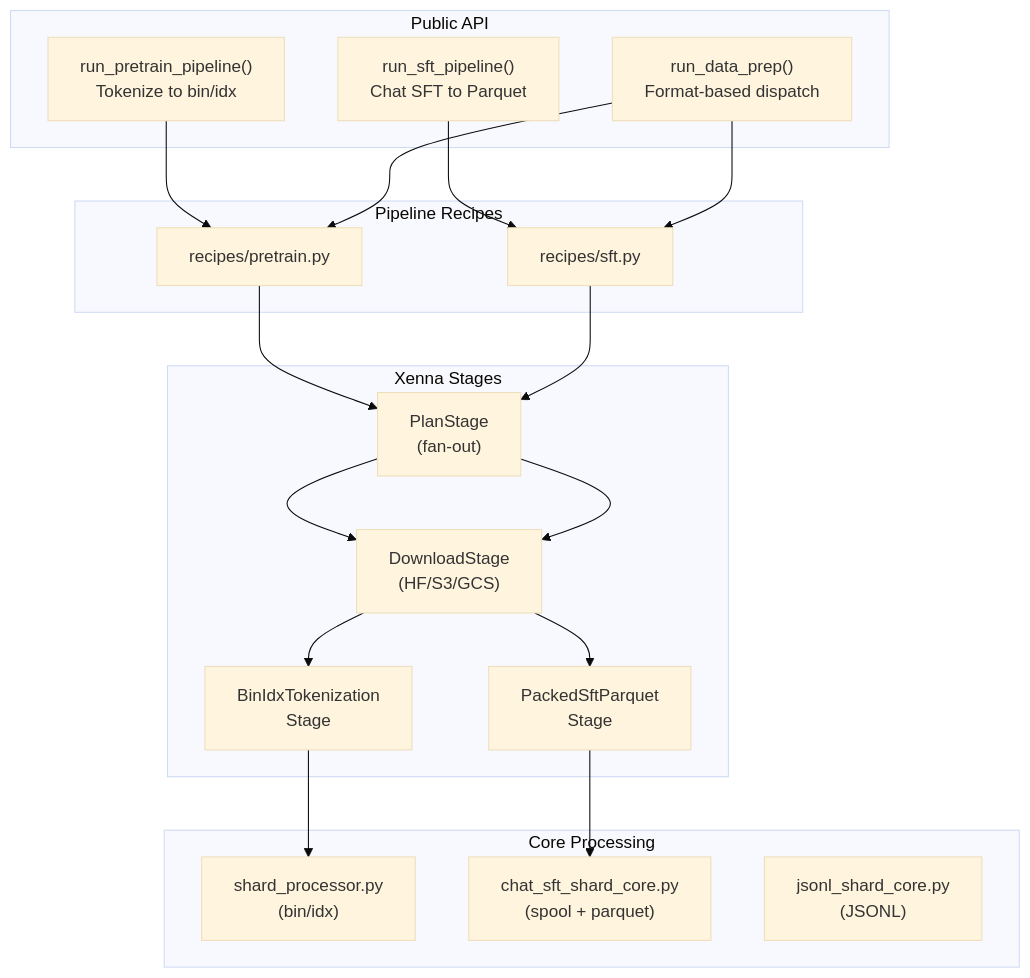
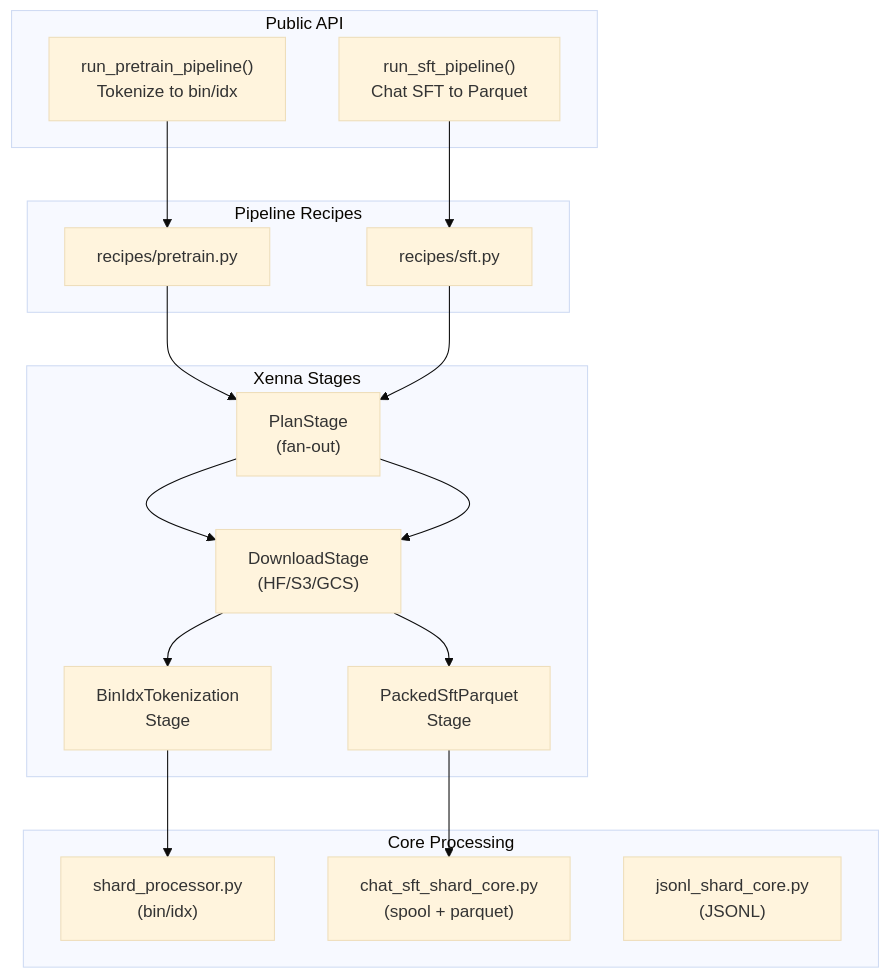
Before and after one commit to NVIDIA-NeMo/Nemotron: the diagram in src/nemotron/data_prep/README.md, drawn with Mermaid (base theme). The commit also changed other lines of this file and 50 other files, not shown here.

````diff
--- a/src/nemotron/data_prep/README.md
+++ b/src/nemotron/data_prep/README.md
@@ -16,37 +16,34 @@
 ```mermaid
 flowchart TB
     subgraph api["Public API"]
         pretrain["run_pretrain_pipeline()<br/>Tokenize to bin/idx"]
         sft["run_sft_pipeline()<br/>Chat SFT to Parquet"]
-        compat["run_data_prep()<br/>Format-based dispatch"]
     end
 
     subgraph recipes["Pipeline Recipes"]
         pretrain_recipe["recipes/pretrain.py"]
         sft_recipe["recipes/sft.py"]
     end
 
     subgraph stages["Xenna Stages"]
         plan["PlanStage<br/>(fan-out)"]
         download["DownloadStage<br/>(HF/S3/GCS)"]
         binidx["BinIdxTokenization<br/>Stage"]
         packed_sft["PackedSftParquet<br/>Stage"]
     end
 
     subgraph core["Core Processing"]
         shard_proc["shard_processor.py<br/>(bin/idx)"]
         chat_core["chat_sft_shard_core.py<br/>(spool + parquet)"]
         jsonl_core["jsonl_shard_core.py<br/>(JSONL)"]
     end
 
     pretrain --> pretrain_recipe
     sft --> sft_recipe
-    compat --> pretrain_recipe
-    compat --> sft_recipe
 
     pretrain_recipe --> plan --> download --> binidx
     sft_recipe --> plan --> download --> packed_sft
 
     binidx --> shard_proc
     packed_sft --> chat_core
 ```
````
